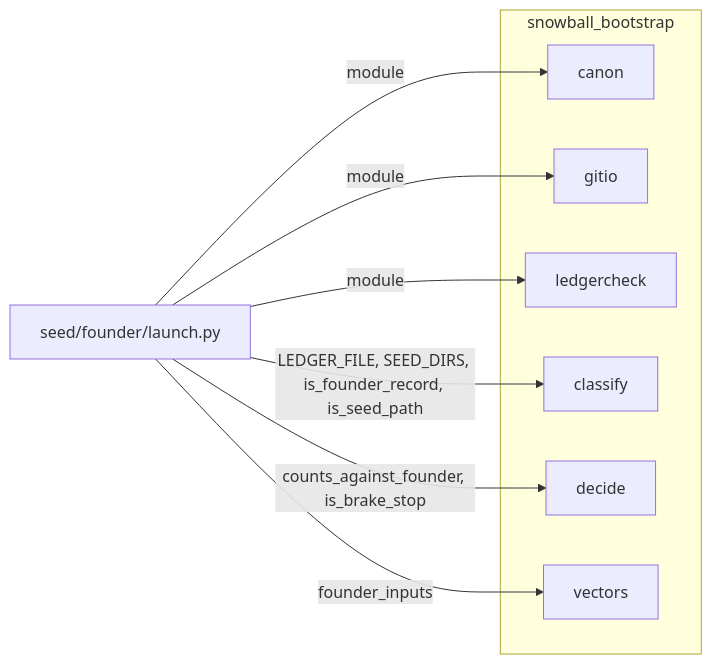
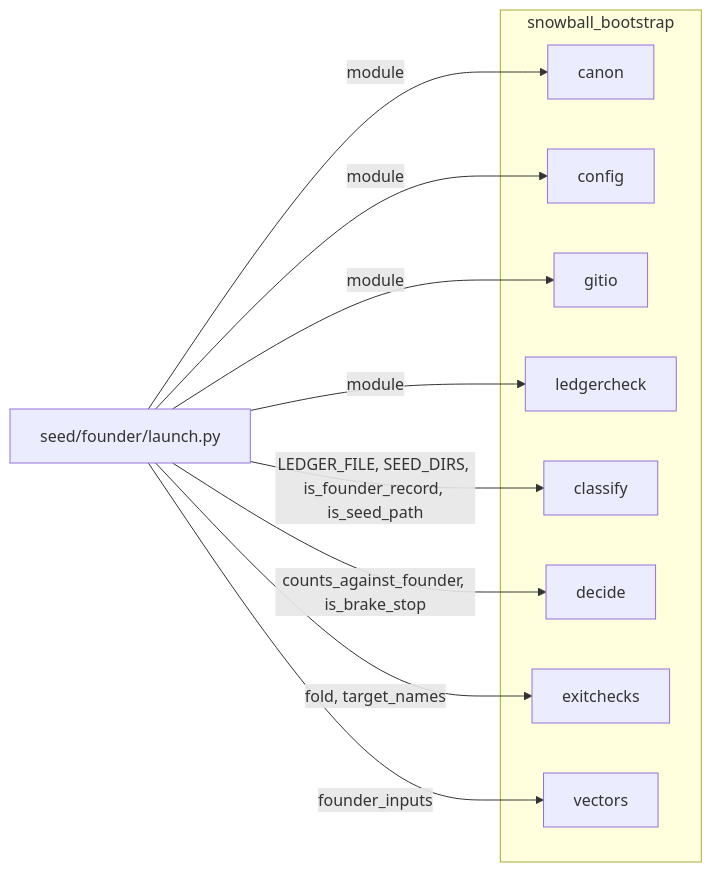
The eighth of 8 diagrams in docs/harita.md (Okan-wqm/snowball-mcp), drawn with Mermaid before and after one commit. The commit also changed other lines of this file and 16 other files, not shown here.

````diff
--- a/docs/harita.md
+++ b/docs/harita.md
@@ -410,18 +410,22 @@
 ```mermaid
 flowchart LR
   launcher["seed/founder/launch.py"]
   subgraph pkg["snowball_bootstrap"]
     m_canon["canon"]
+    m_config["config"]
     m_gitio["gitio"]
     m_ledgercheck["ledgercheck"]
     m_classify["classify"]
     m_decide["decide"]
+    m_exitchecks["exitchecks"]
     m_vectors["vectors"]
   end
   launcher -->|module| m_canon
+  launcher -->|module| m_config
   launcher -->|module| m_gitio
   launcher -->|module| m_ledgercheck
   launcher -->|LEDGER_FILE, SEED_DIRS, is_founder_record, is_seed_path| m_classify
   launcher -->|counts_against_founder, is_brake_stop| m_decide
+  launcher -->|fold, target_names| m_exitchecks
   launcher -->|founder_inputs| m_vectors
 ```
````
